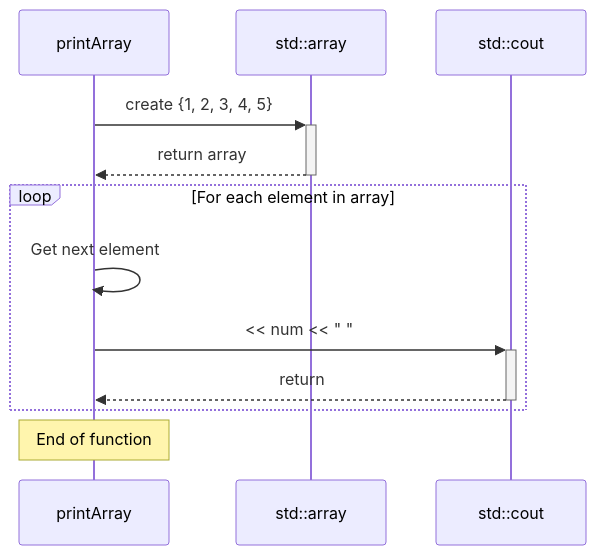
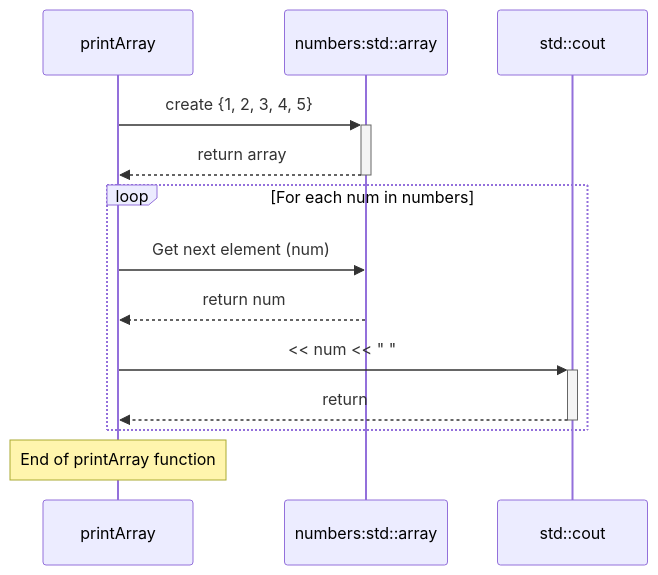
One commit to iwakawa0510/UML_Practice changed the diagram in exercises/exercise7/sequence.md. Above: the diagram before and after it, drawn with Mermaid.

````diff
--- a/exercises/exercise7/sequence.md
+++ b/exercises/exercise7/sequence.md
@@ -1,17 +1,18 @@
 ```mermaid
 sequenceDiagram
     participant P as printArray
-    participant A as std::array
+    participant N as numbers:std::array
     participant C as std::cout
 
-    P->>+A: create {1, 2, 3, 4, 5}
-    A-->>-P: return array
+    P->>+N: create {1, 2, 3, 4, 5}
+    N-->>-P: return array
 
-    loop For each element in array
-        P->>P: Get next element
+    loop For each num in numbers
+        P->>N: Get next element (num)
+        N-->>P: return num
         P->>+C: << num << " "
         C-->>-P: return
     end
 
-    Note over P: End of function
+    Note over P: End of printArray function
 ```
````
